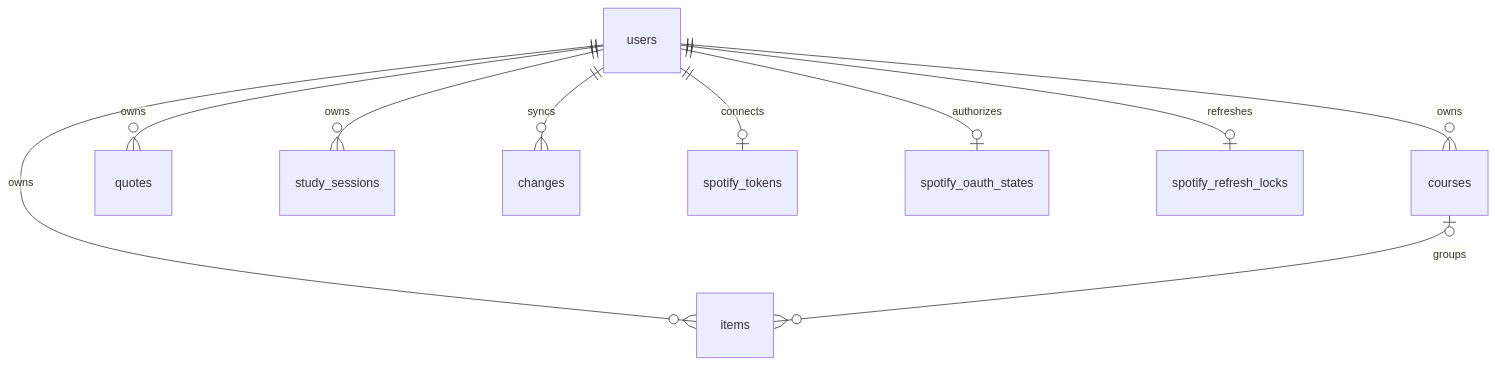
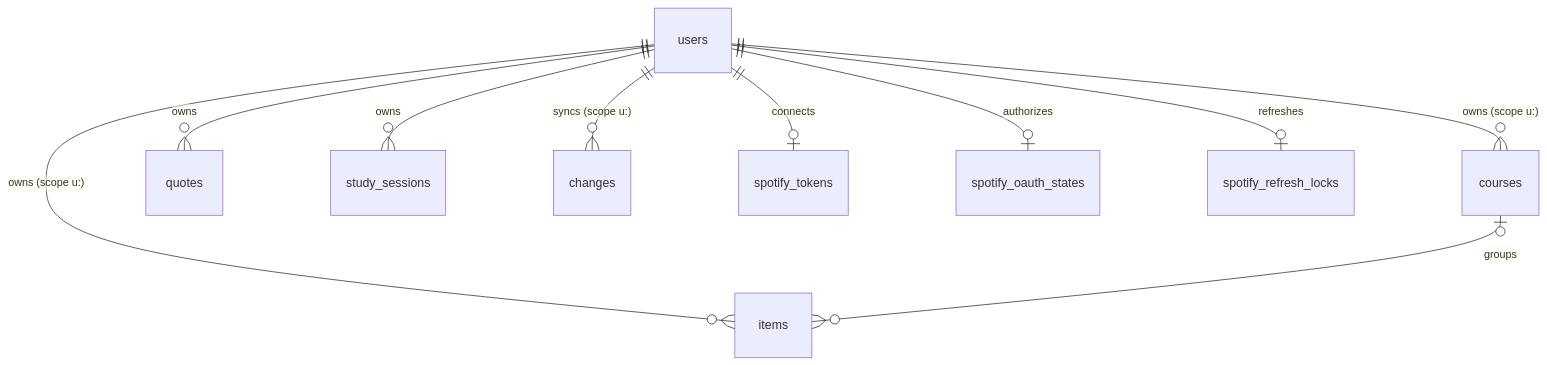
The diagram in docs/DATA-MODEL.md (gvogas/medDashboard), drawn with Mermaid before and after one commit. The commit also changed other lines of this file, not shown here.

First line of the commit message:
Data model: courses, items and the change feed belong to a scope

````diff
--- a/docs/DATA-MODEL.md
+++ b/docs/DATA-MODEL.md
@@ -38,12 +41,12 @@
 ```mermaid
 erDiagram
-    users ||--o{ courses : owns
-    users ||--o{ items : owns
+    users ||--o{ courses : "owns (scope u:)"
+    users ||--o{ items : "owns (scope u:)"
     users ||--o{ quotes : owns
     users ||--o{ study_sessions : owns
     courses o|--o{ items : groups
-    users ||--o{ changes : syncs
+    users ||--o{ changes : "syncs (scope u:)"
     users ||--o| spotify_tokens : connects
     users ||--o| spotify_oauth_states : authorizes
     users ||--o| spotify_refresh_locks : refreshes
 ```
````
